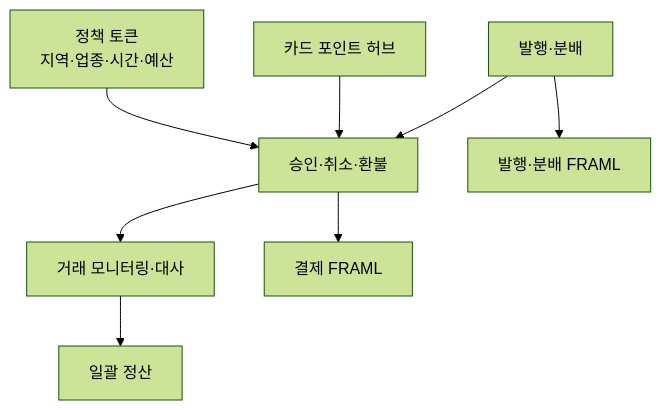
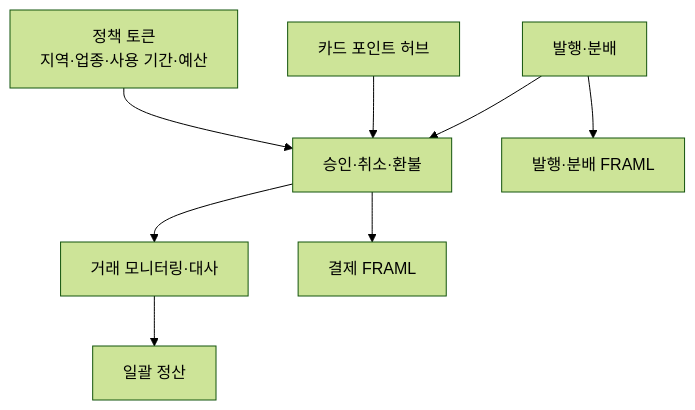
Before and after one commit to eunsujeo/eunpus: the third of 4 diagrams in blockchain-manager/docs/디지털 자산/스테이블코인 결제/02-poc-operation-and-onchain-risk.md, drawn with Mermaid (forest theme). The commit also changed other lines of this file and 6 other files, not shown here.

````diff
--- a/blockchain-manager/docs/디지털 자산/스테이블코인 결제/02-poc-operation-and-onchain-risk.md
+++ b/blockchain-manager/docs/디지털 자산/스테이블코인 결제/02-poc-operation-and-onchain-risk.md
@@ -54,10 +77,10 @@
 ```mermaid
 flowchart TB
     ISSUE[발행·분배] --> PAY[승인·취소·환불]
     PAY --> MON[거래 모니터링·대사]
     MON --> BATCH[일괄 정산]
     POINT[카드 포인트 허브] --> PAY
-    POLICY[정책 토큰<br/>지역·업종·시간·예산] --> PAY
+    POLICY[정책 토큰<br/>지역·업종·사용 기간·예산] --> PAY
     PAY --> PAYFRAML[결제 FRAML]
     ISSUE --> ISSUEFRAML[발행·분배 FRAML]
 ```
````
